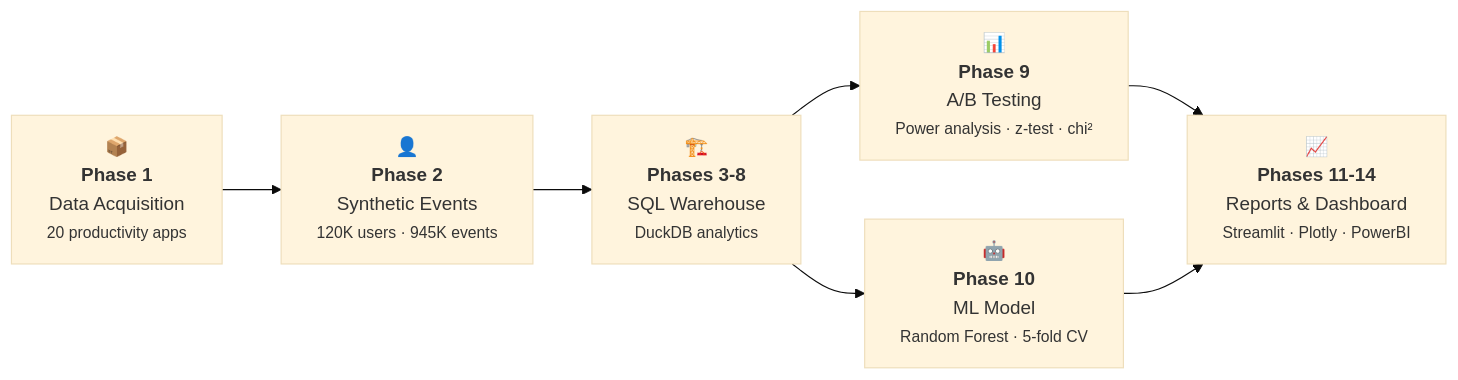
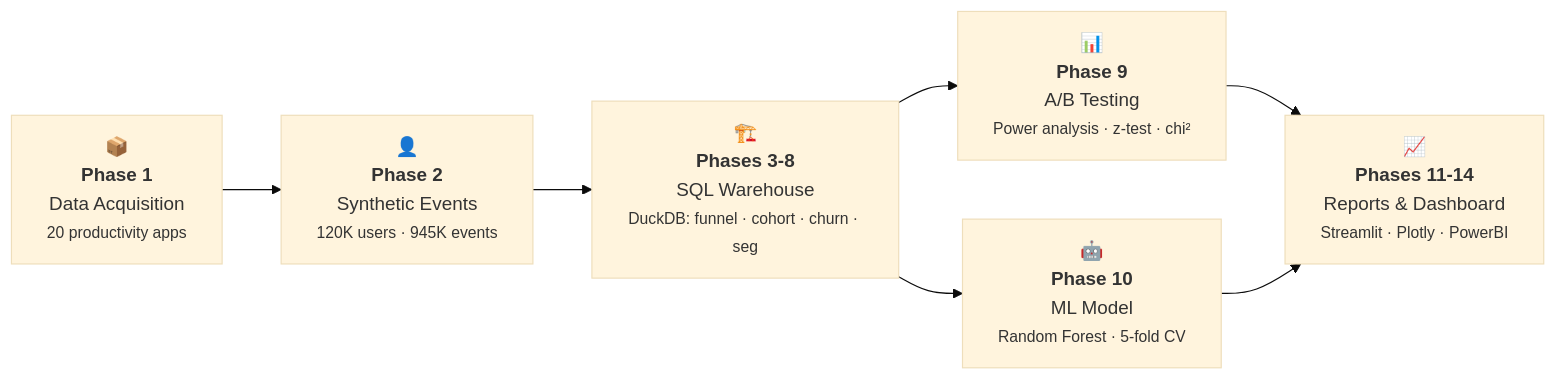
Before and after one commit to sourav1243/playstore-freemium-churn-funnel: the diagram in README.md, drawn with Mermaid (base theme). The commit also changed other lines of this file, not shown here.

````diff
--- a/README.md
+++ b/README.md
@@ -96,10 +137,10 @@
 ```mermaid
 flowchart LR
     P1["📦<br/><b>Phase 1</b><br/>Data Acquisition<br/><small>20 productivity apps</small>"]
     P2["👤<br/><b>Phase 2</b><br/>Synthetic Events<br/><small>120K users · 945K events</small>"]
-    P3["🏗️<br/><b>Phases 3‑8</b><br/>SQL Warehouse<br/><small>DuckDB analytics</small>"]
+    P3["🏗️<br/><b>Phases 3‑8</b><br/>SQL Warehouse<br/><small>DuckDB: funnel · cohort · churn · seg</small>"]
     P4["📊<br/><b>Phase 9</b><br/>A/B Testing<br/><small>Power analysis · z‑test · chi²</small>"]
     P5["🤖<br/><b>Phase 10</b><br/>ML Model<br/><small>Random Forest · 5‑fold CV</small>"]
     P6["📈<br/><b>Phases 11‑14</b><br/>Reports & Dashboard<br/><small>Streamlit · Plotly · PowerBI</small>"]
     P1 --> P2 --> P3 --> P4 & P5 --> P6
 ```
````
